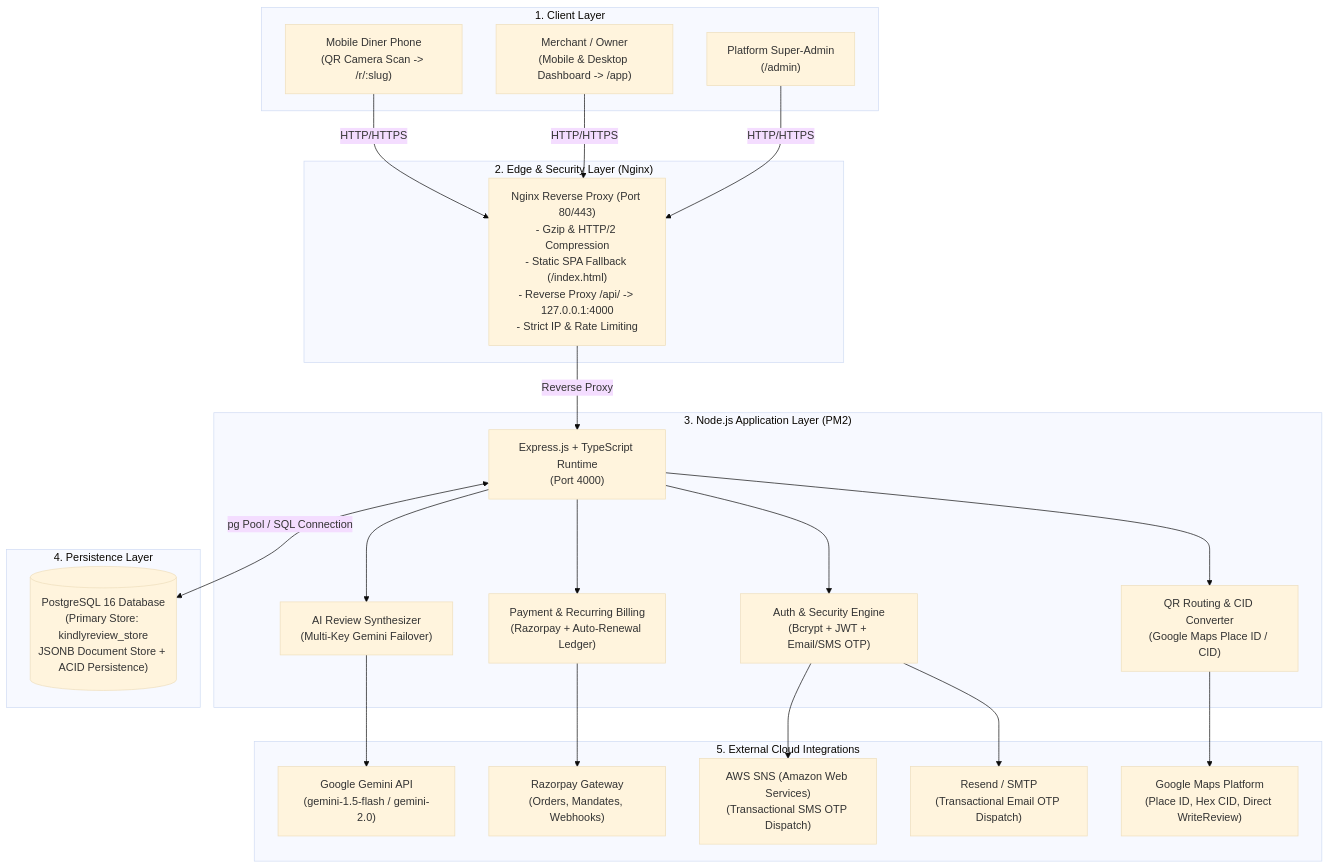
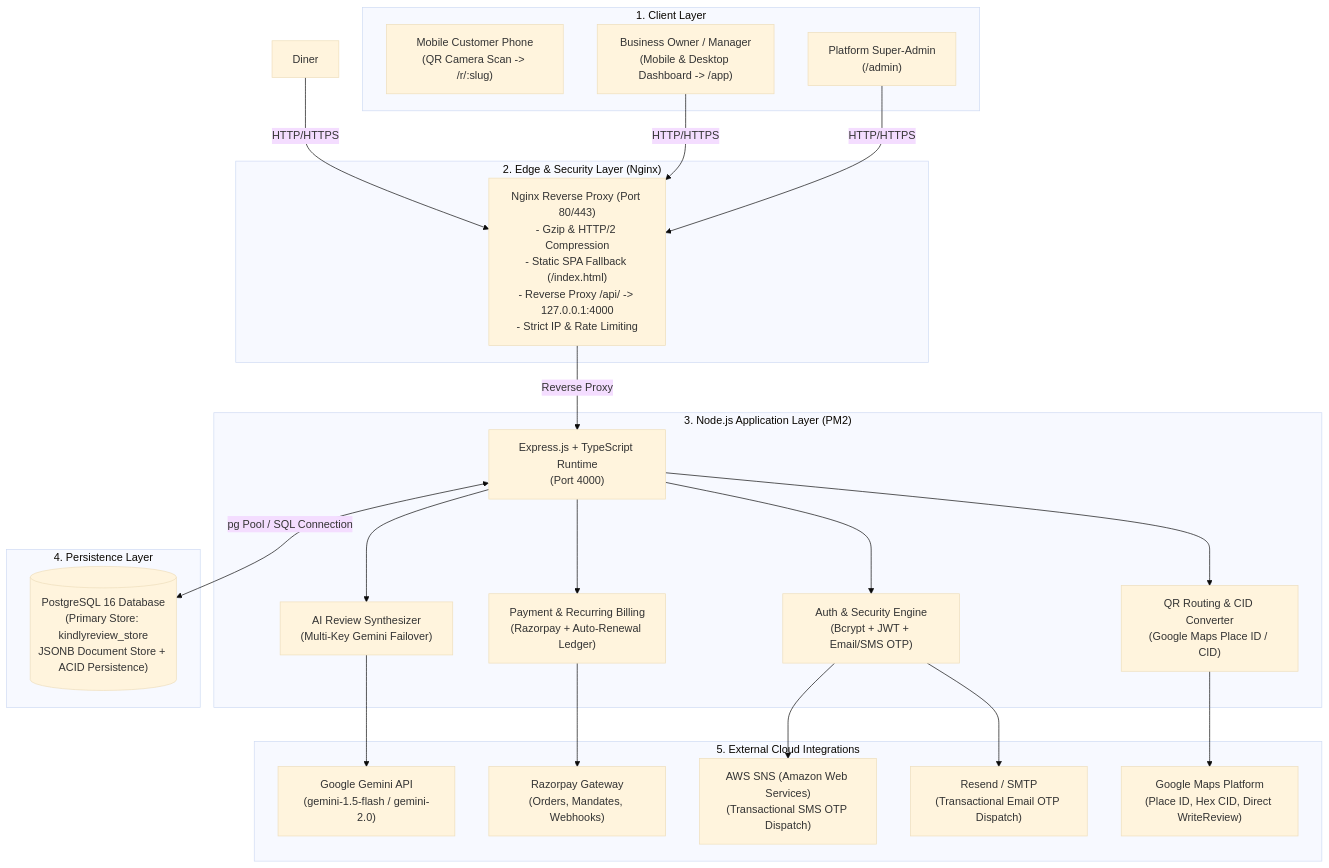
Before and after one commit to sandeshnaik777/reviewly: the first of 9 diagrams in SYSTEM_DESIGN.md, drawn with Mermaid (base theme). The commit also changed other lines of this file and 9 other files, not shown here.

Commit message:
feat: optimize login/dashboard loading speed, universal business support, query indexing, and complete system design flows

````diff
--- a/SYSTEM_DESIGN.md
+++ b/SYSTEM_DESIGN.md
@@ -25,50 +25,50 @@
 ```mermaid
 flowchart TD
     subgraph Clients["1. Client Layer"]
-        Diner["Mobile Diner Phone\n(QR Camera Scan -> /r/:slug)"]
-        Merchant["Merchant / Owner\n(Mobile & Desktop Dashboard -> /app)"]
+        Customer["Mobile Customer Phone\n(QR Camera Scan -> /r/:slug)"]
+        Merchant["Business Owner / Manager\n(Mobile & Desktop Dashboard -> /app)"]
         Admin["Platform Super-Admin\n(/admin)"]
     end
 
     subgraph Edge["2. Edge & Security Layer (Nginx)"]
         Nginx["Nginx Reverse Proxy (Port 80/443)\n- Gzip & HTTP/2 Compression\n- Static SPA Fallback (/index.html)\n- Reverse Proxy /api/ -> 127.0.0.1:4000\n- Strict IP & Rate Limiting"]
     end
 
     subgraph AppServer["3. Node.js Application Layer (PM2)"]
         Express["Express.js + TypeScript Runtime\n(Port 4000)"]
         AuthMod["Auth & Security Engine\n(Bcrypt + JWT + Email/SMS OTP)"]
         ReviewMod["AI Review Synthesizer\n(Multi-Key Gemini Failover)"]
         PayMod["Payment & Recurring Billing\n(Razorpay + Auto-Renewal Ledger)"]
         QRMod["QR Routing & CID Converter\n(Google Maps Place ID / CID)"]
     end
 
     subgraph Storage["4. Persistence Layer"]
         Postgres[("PostgreSQL 16 Database\n(Primary Store: kindlyreview_store\nJSONB Document Store + ACID Persistence)")]
     end
 
     subgraph External["5. External Cloud Integrations"]
         Gemini["Google Gemini API\n(gemini-1.5-flash / gemini-2.0)"]
         Razorpay["Razorpay Gateway\n(Orders, Mandates, Webhooks)"]
         AwsSNS["AWS SNS (Amazon Web Services)\n(Transactional SMS OTP Dispatch)"]
         Resend["Resend / SMTP\n(Transactional Email OTP Dispatch)"]
         GoogleMaps["Google Maps Platform\n(Place ID, Hex CID, Direct WriteReview)"]
     end
 
     Diner -->|HTTP/HTTPS| Nginx
     Merchant -->|HTTP/HTTPS| Nginx
     Admin -->|HTTP/HTTPS| Nginx
 
     Nginx -->|Reverse Proxy| Express
     Express --> AuthMod
     Express --> ReviewMod
     Express --> PayMod
     Express --> QRMod
 
     AuthMod --> AwsSNS
     AuthMod --> Resend
     ReviewMod --> Gemini
     PayMod --> Razorpay
     QRMod --> GoogleMaps
 
     Express <-->|pg Pool / SQL Connection| Postgres
 ```
````
